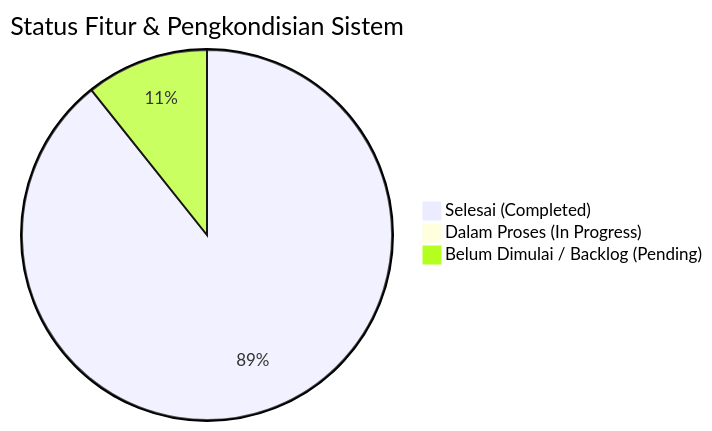
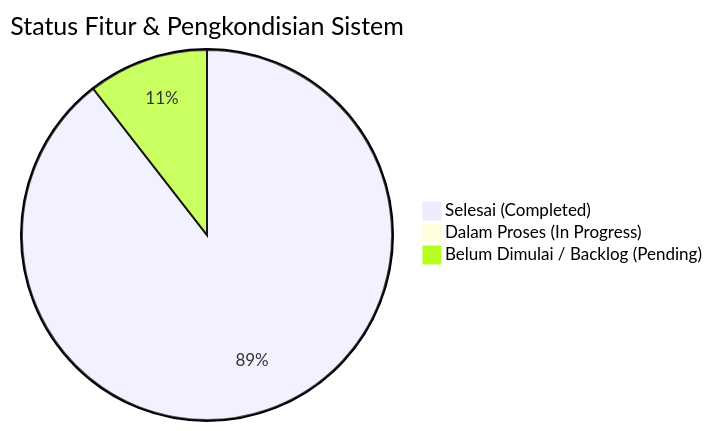
Before and after one commit to 4lliiifffff/pengembangan-presensi-pkbmpikat: the diagram in docs/progress_pengembangan_sistem_presensi.md, drawn with Mermaid. The commit also changed other lines of this file and 26 other files, not shown here.

````diff
--- a/docs/progress_pengembangan_sistem_presensi.md
+++ b/docs/progress_pengembangan_sistem_presensi.md
@@ -12,6 +12,6 @@
 ```mermaid
 pie title Status Fitur & Pengkondisian Sistem
-    "Selesai (Completed)" : 50
+    "Selesai (Completed)" : 51
     "Dalam Proses (In Progress)" : 0
     "Belum Dimulai / Backlog (Pending)" : 6
 ```
````
